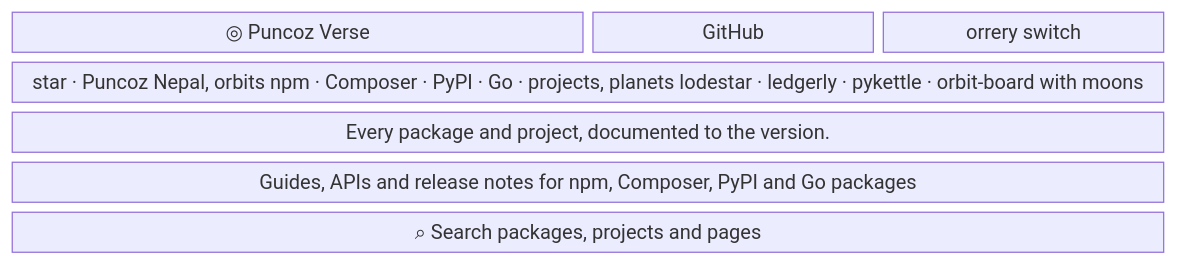
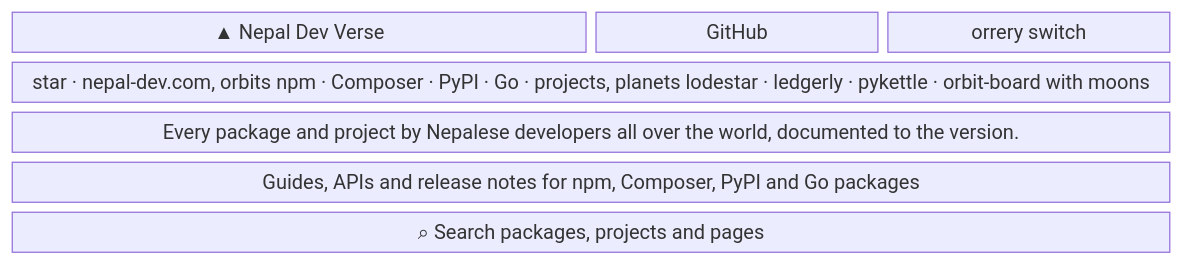
One commit to nepal-dev-com/docs.nepal-dev.com changed the second of 7 diagrams in content/docs/maintain/app-flow/home-page.mdx. Above: the diagram before and after it, drawn with Mermaid. The commit also changed other lines of this file and 145 other files, not shown here.

Commit message:
nepal dev docs

````diff
--- a/content/docs/maintain/app-flow/home-page.mdx
+++ b/content/docs/maintain/app-flow/home-page.mdx
@@ -78,9 +78,9 @@
 ```mermaid
 block-beta
   columns 4
-  word["◎ Puncoz Verse"]:2 gh["GitHub"] theme["orrery switch"]
-  sys["star · Puncoz Nepal, orbits npm · Composer · PyPI · Go · projects, planets lodestar · ledgerly · pykettle · orbit-board with moons"]:4
-  h1["Every package and project, documented to the version."]:4
+  word["▲ Nepal Dev Verse"]:2 gh["GitHub"] theme["orrery switch"]
+  sys["star · nepal-dev.com, orbits npm · Composer · PyPI · Go · projects, planets lodestar · ledgerly · pykettle · orbit-board with moons"]:4
+  h1["Every package and project by Nepalese developers all over the world, documented to the version."]:4
   sub["Guides, APIs and release notes for npm, Composer, PyPI and Go packages"]:4
   field["⌕  Search packages, projects and pages"]:4
 ```
````
